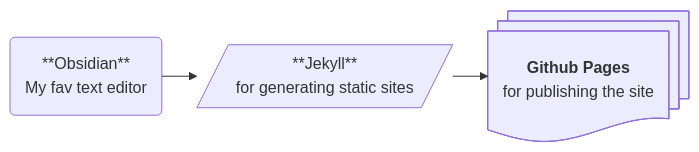
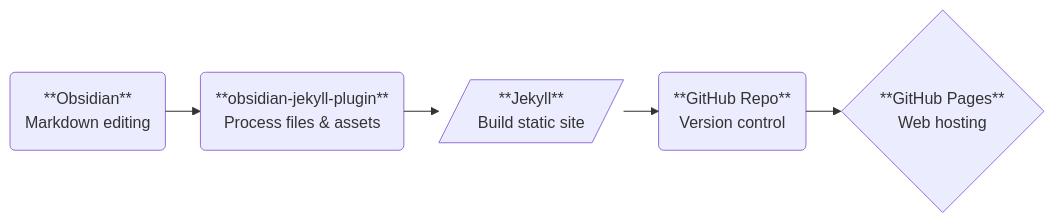
The diagram in _posts/2025-02-20-Obsidian-Jekyll-and-Github.md (jsade/jsade.github.io), drawn with Mermaid before and after one commit. The commit also changed other lines of this file and 8 other files, not shown here.

````diff
--- a/_posts/2025-02-20-Obsidian-Jekyll-and-Github.md
+++ b/_posts/2025-02-20-Obsidian-Jekyll-and-Github.md
@@ -24,7 +44,9 @@
-```mermaid
+<div class="mermaid">
 %%{init: {"flowchart": {"defaultRenderer": "elk"}} }%%
 graph LR;
-	A("**Obsidian**<br>My fav text editor") --> B[/"**Jekyll**<br>for generating static sites"/] --> C@{ shape: docs, label: "**Github Pages**<br>for publishing the site" }
+A("**Obsidian**<br>Markdown editing") --> B("**obsidian-jekyll-plugin**<br>Process files & assets")
+    B --> C[/"**Jekyll**<br>Build static site"/]
+    C --> D("**GitHub Repo**<br>Version control")
+    D --> E{"**GitHub Pages**<br>Web hosting"}
 
-
-```
+</div>
````
